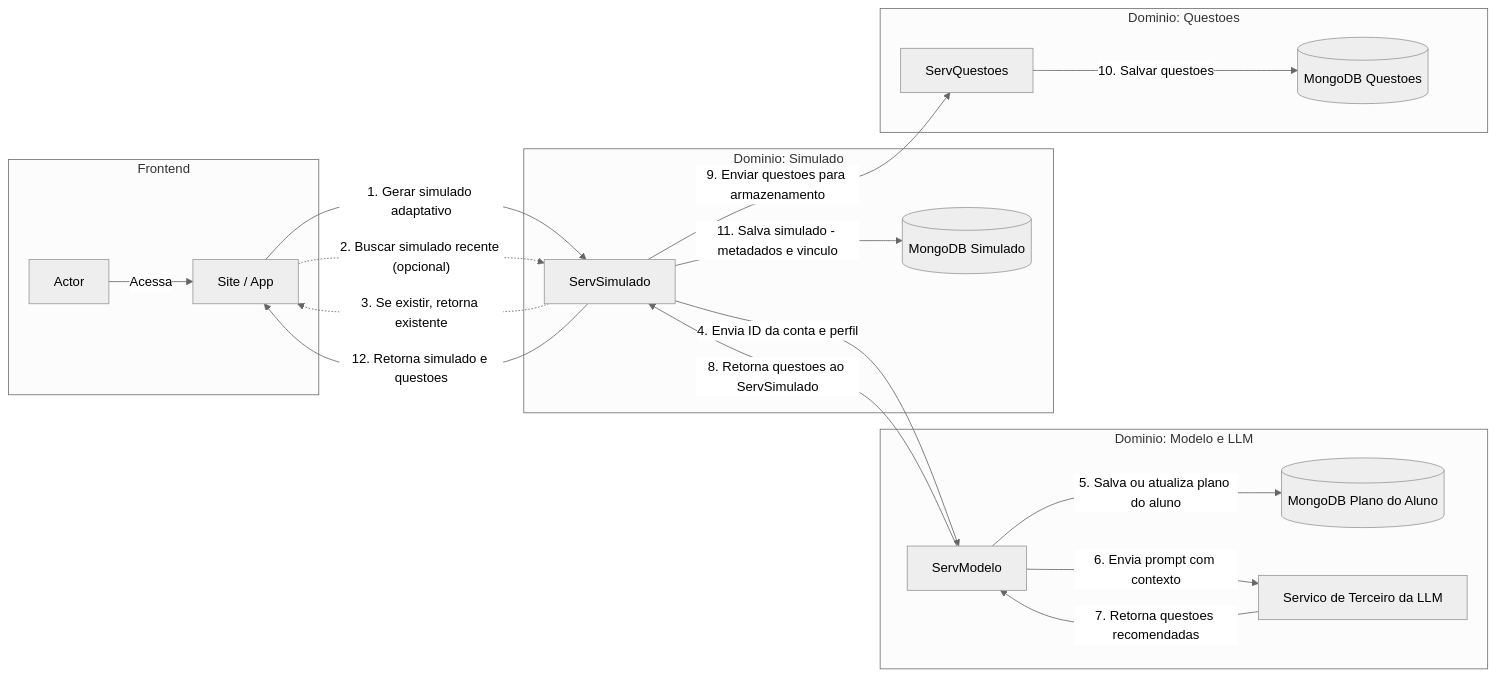
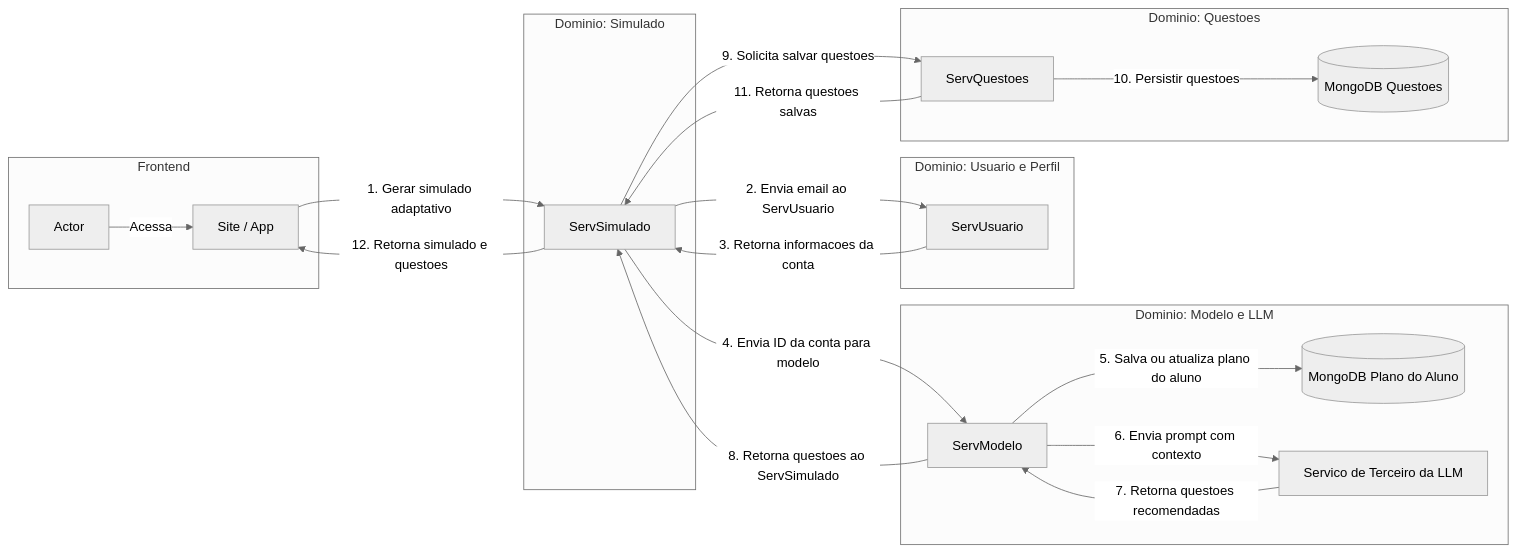
One commit to Joao-Pedro-Queiroz/pma.25.2 changed the diagram in teste.md. Above: the diagram before and after it, drawn with Mermaid (neutral theme).

Commit message:
testes a mais

````diff
--- a/teste.md
+++ b/teste.md
@@ -3,44 +3,48 @@
 ```mermaid
 flowchart LR
   %% Frontend
   subgraph FE["Frontend"]
     A[Actor] -->|Acessa| SITE[Site / App];
   end
 
   %% Dominio: Simulado
   subgraph SIM["Dominio: Simulado"]
     SS[ServSimulado];
-    MDBS[(MongoDB Simulado)];
+  end
+
+  %% Dominio: Usuario e Perfil
+  subgraph USR["Dominio: Usuario e Perfil"]
+    SU[ServUsuario];
   end
 
   %% Dominio: Modelo e LLM
   subgraph MOD["Dominio: Modelo e LLM"]
     SM[ServModelo];
     PLAN[(MongoDB Plano do Aluno)];
     LLM[Servico de Terceiro da LLM];
   end
 
   %% Dominio: Questoes
   subgraph QST["Dominio: Questoes"]
     SQ[ServQuestoes];
     MDBQ[(MongoDB Questoes)];
   end
 
-  %% Fluxo principal
+  %% Fluxo principal - Criar Simulado Adaptativo
   SITE -->|1. Gerar simulado adaptativo| SS;
-  SITE -. "2. Buscar simulado recente (opcional)" .-> SS;
-  SS -. "3. Se existir, retorna existente" .-> SITE;
 
-  SS -->|4. Envia ID da conta e perfil| SM;
+  SS -->|2. Envia email ao ServUsuario| SU;
+  SU -->|3. Retorna informacoes da conta| SS;
+
+  SS -->|4. Envia ID da conta para modelo| SM;
   SM -->|5. Salva ou atualiza plano do aluno| PLAN;
-
   SM -->|6. Envia prompt com contexto| LLM;
   LLM -->|7. Retorna questoes recomendadas| SM;
   SM -->|8. Retorna questoes ao ServSimulado| SS;
 
-  SS -->|9. Enviar questoes para armazenamento| SQ;
-  SQ -->|10. Salvar questoes| MDBQ;
-  SS -->|11. Salva simulado - metadados e vinculo| MDBS;
+  SS -->|9. Solicita salvar questoes| SQ;
+  SQ -->|10. Persistir questoes| MDBQ;
+  SQ -->|11. Retorna questoes salvas| SS;
 
   SS -->|12. Retorna simulado e questoes| SITE;
 ```
````
